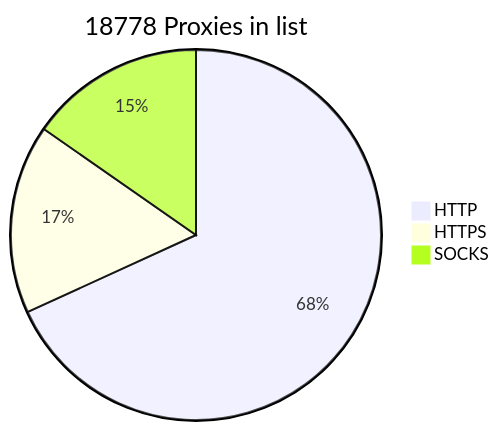
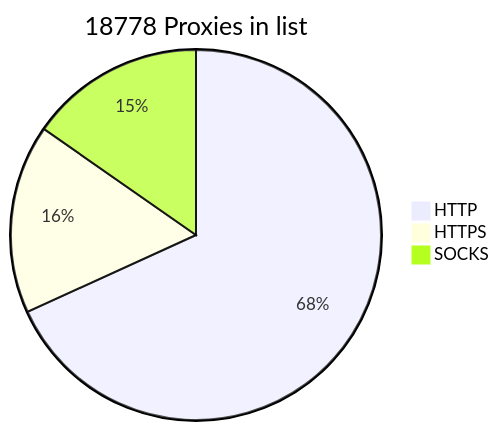
One commit to BlackSnowDot/proxylist-update-every-minute changed the diagram in README.md. Above: the diagram before and after it, drawn with Mermaid.

````diff
--- a/README.md
+++ b/README.md
@@ -2,6 +2,6 @@
 ```mermaid
 pie title 18778 Proxies in list
-    "HTTP" : 13960
-    "HTTPS": 3381
+    "HTTP" : 13969
+    "HTTPS": 3380
     "SOCKS" : 3136
 ```
````
